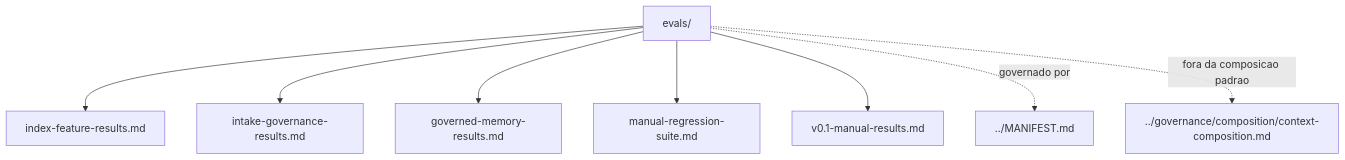
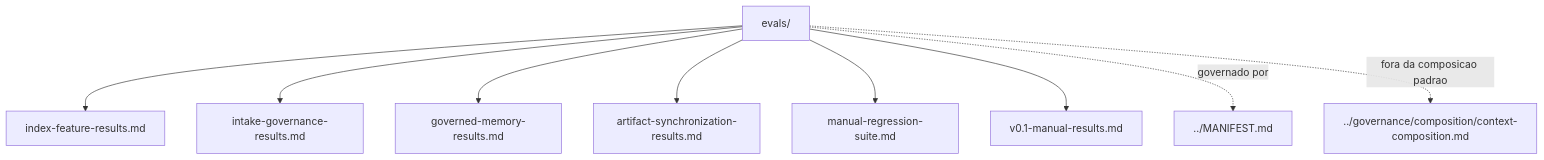
The diagram in evals/README.md (moreira-and/agent-ops), drawn with Mermaid before and after one commit. The commit also changed other lines of this file and 18 other files, not shown here.

Commit message:
feat(sync): add Artifact Synchronization

````diff
--- a/evals/README.md
+++ b/evals/README.md
@@ -102,11 +103,12 @@
 ```mermaid
 flowchart TD
     current["evals/"]
     current --> n1["index-feature-results.md"]
     current --> n2["intake-governance-results.md"]
     current --> n3["governed-memory-results.md"]
-    current --> n4["manual-regression-suite.md"]
-    current --> n5["v0.1-manual-results.md"]
-    current -. "governado por" .-> n6["../MANIFEST.md"]
-    current -. "fora da composicao padrao" .-> n7["../governance/composition/context-composition.md"]
+    current --> n4["artifact-synchronization-results.md"]
+    current --> n5["manual-regression-suite.md"]
+    current --> n6["v0.1-manual-results.md"]
+    current -. "governado por" .-> n7["../MANIFEST.md"]
+    current -. "fora da composicao padrao" .-> n8["../governance/composition/context-composition.md"]
 ```
````
